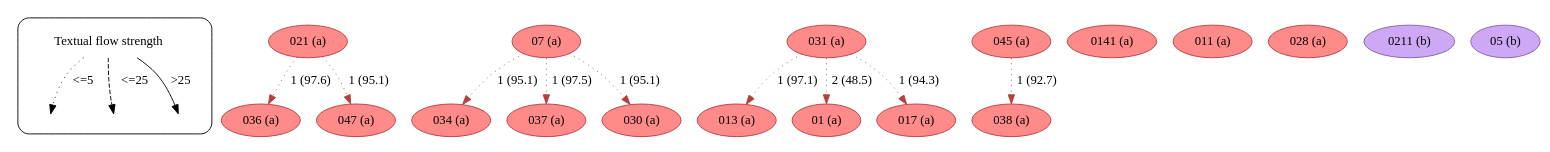
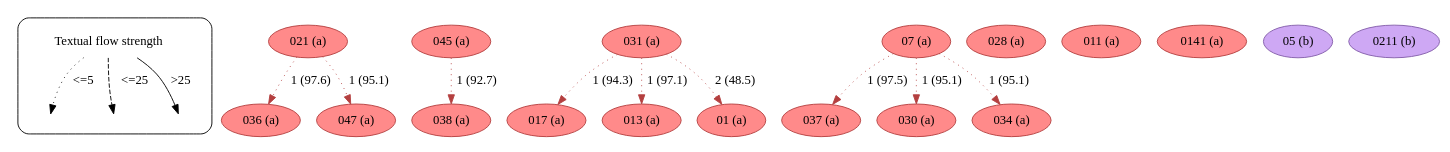
The diagram in example/c2/textual_flow_22_40_c2.dot (edmondac/CBGM), drawn with Graphviz before and after one commit. The commit also changed other lines of this file and 163 other files, not shown here.

```diff
--- a/example/c2/textual_flow_22_40_c2.dot
+++ b/example/c2/textual_flow_22_40_c2.dot
@@ -1,125 +1,125 @@
 strict digraph  {
 	node [label="\N"];
 	subgraph cluster_legend {
 		graph [style=rounded];
 		leg_s		 [label="Textual flow strength",
 			shape=plaintext];
 		leg_e1		 [fixedsize=True,
 			height=0.2,
 			label="",
 			style=invis];
 		leg_s -> leg_e1		 [label="<=5  ",
 			style=dotted];
 		leg_e2		 [fixedsize=True,
 			height=0.2,
 			label="",
 			style=invis];
 		leg_s -> leg_e2		 [label="  <=25",
 			style=dashed];
 		leg_e3		 [fixedsize=True,
 			height=0.2,
 			label="",
 			style=invis];
 		leg_s -> leg_e3		 [label=">25",
 			style=solid];
 	}
 	021	 [color="#b43f3f",
 		fillcolor="#FF8A8A",
 		label="021 (a)",
 		style=filled];
 	036	 [color="#b43f3f",
 		fillcolor="#FF8A8A",
 		label="036 (a)",
 		style=filled];
 	021 -> 036	 [color="#b43f3f",
 		label="1 (97.6)",
 		style=dotted];
 	047	 [color="#b43f3f",
 		fillcolor="#FF8A8A",
 		label="047 (a)",
 		style=filled];
 	021 -> 047	 [color="#b43f3f",
 		label="1 (95.1)",
 		style=dotted];
+	045	 [color="#b43f3f",
+		fillcolor="#FF8A8A",
+		label="045 (a)",
+		style=filled];
+	038	 [color="#b43f3f",
+		fillcolor="#FF8A8A",
+		label="038 (a)",
+		style=filled];
+	045 -> 038	 [color="#b43f3f",
+		label="1 (92.7)",
+		style=dotted];
+	031	 [color="#b43f3f",
+		fillcolor="#FF8A8A",
+		label="031 (a)",
+		style=filled];
+	017	 [color="#b43f3f",
+		fillcolor="#FF8A8A",
+		label="017 (a)",
+		style=filled];
+	031 -> 017	 [color="#b43f3f",
+		label="1 (94.3)",
+		style=dotted];
+	013	 [color="#b43f3f",
+		fillcolor="#FF8A8A",
+		label="013 (a)",
+		style=filled];
+	031 -> 013	 [color="#b43f3f",
+		label="1 (97.1)",
+		style=dotted];
+	01	 [color="#b43f3f",
+		fillcolor="#FF8A8A",
+		label="01 (a)",
+		style=filled];
+	031 -> 01	 [color="#b43f3f",
+		label="2 (48.5)",
+		style=dotted];
 	07	 [color="#b43f3f",
 		fillcolor="#FF8A8A",
 		label="07 (a)",
 		style=filled];
-	034	 [color="#b43f3f",
-		fillcolor="#FF8A8A",
-		label="034 (a)",
-		style=filled];
-	07 -> 034	 [color="#b43f3f",
-		label="1 (95.1)",
-		style=dotted];
 	037	 [color="#b43f3f",
 		fillcolor="#FF8A8A",
 		label="037 (a)",
 		style=filled];
 	07 -> 037	 [color="#b43f3f",
 		label="1 (97.5)",
 		style=dotted];
 	030	 [color="#b43f3f",
 		fillcolor="#FF8A8A",
 		label="030 (a)",
 		style=filled];
 	07 -> 030	 [color="#b43f3f",
 		label="1 (95.1)",
 		style=dotted];
-	031	 [color="#b43f3f",
+	034	 [color="#b43f3f",
 		fillcolor="#FF8A8A",
-		label="031 (a)",
+		label="034 (a)",
 		style=filled];
-	013	 [color="#b43f3f",
+	07 -> 034	 [color="#b43f3f",
+		label="1 (95.1)",
+		style=dotted];
+	028	 [color="#b43f3f",
 		fillcolor="#FF8A8A",
-		label="013 (a)",
-		style=filled];
-	031 -> 013	 [color="#b43f3f",
-		label="1 (97.1)",
-		style=dotted];
-	01	 [color="#b43f3f",
-		fillcolor="#FF8A8A",
-		label="01 (a)",
-		style=filled];
-	031 -> 01	 [color="#b43f3f",
-		label="2 (48.5)",
-		style=dotted];
-	017	 [color="#b43f3f",
-		fillcolor="#FF8A8A",
-		label="017 (a)",
-		style=filled];
-	031 -> 017	 [color="#b43f3f",
-		label="1 (94.3)",
-		style=dotted];
-	045	 [color="#b43f3f",
-		fillcolor="#FF8A8A",
-		label="045 (a)",
-		style=filled];
-	038	 [color="#b43f3f",
-		fillcolor="#FF8A8A",
-		label="038 (a)",
-		style=filled];
-	045 -> 038	 [color="#b43f3f",
-		label="1 (92.7)",
-		style=dotted];
-	0141	 [color="#b43f3f",
-		fillcolor="#FF8A8A",
-		label="0141 (a)",
+		label="028 (a)",
 		style=filled];
 	011	 [color="#b43f3f",
 		fillcolor="#FF8A8A",
 		label="011 (a)",
 		style=filled];
-	028	 [color="#b43f3f",
+	0141	 [color="#b43f3f",
 		fillcolor="#FF8A8A",
-		label="028 (a)",
+		label="0141 (a)",
+		style=filled];
+	05	 [color="#835da9",
+		fillcolor="#CEA8F4",
+		label="05 (b)",
 		style=filled];
 	0211	 [color="#835da9",
 		fillcolor="#CEA8F4",
 		label="0211 (b)",
 		style=filled];
-	05	 [color="#835da9",
-		fillcolor="#CEA8F4",
-		label="05 (b)",
-		style=filled];
 }
```
